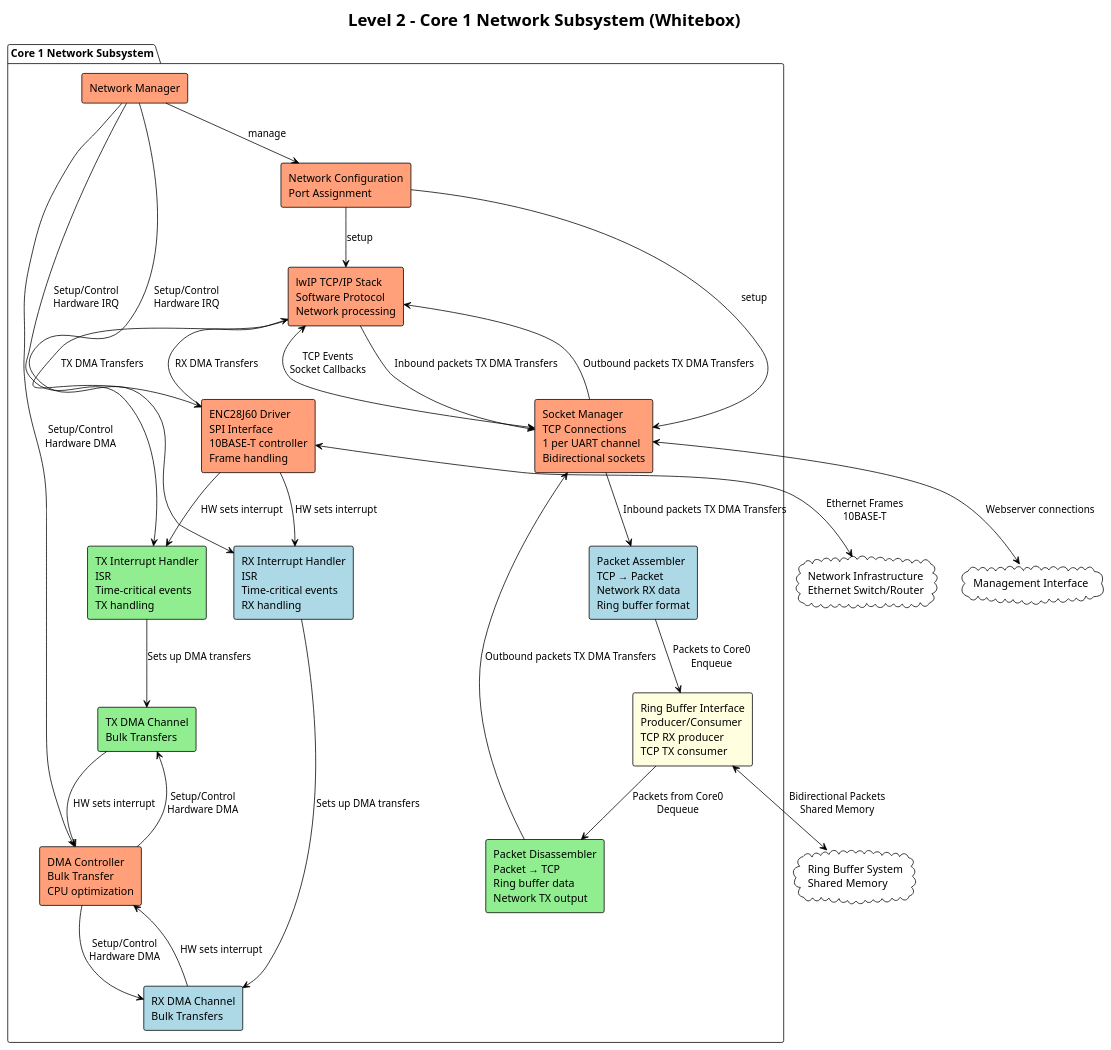
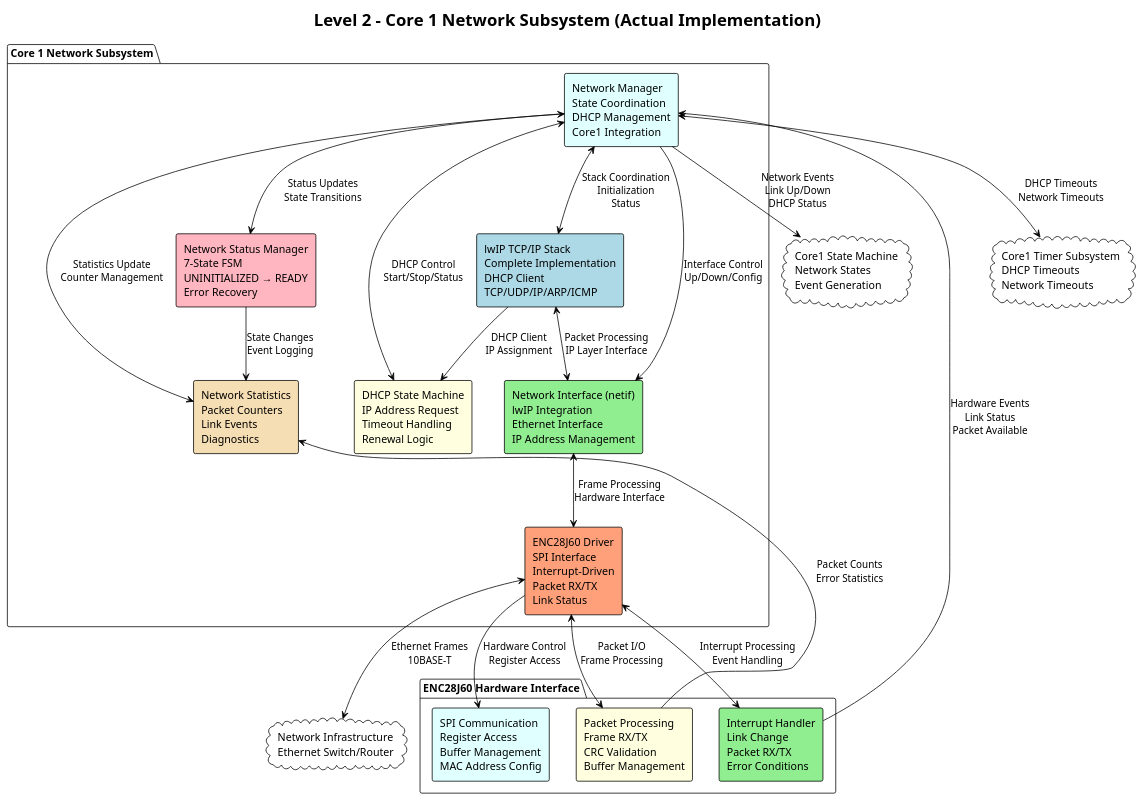
Before and after one commit to haxorsebb/UART2ETH: the third of 15 diagrams in src/docs/arc42/chapters/05_building_block_view.adoc, drawn with PlantUML. The commit also changed other lines of this file and 1 other file, not shown here.

Commit message:
Update arc42 docs: Network implementation with lwIP + DHCP
- Chapter 5: Complete rewrite of Core 1 Network Subsystem with actual implementation
- ADR-002: Updated with actual implementation results and Core1 integration
- Added comprehensive lwIP stack, DHCP client, 7-state FSM details
- Documented timer integration and interrupt-driven packet processing

```diff
--- a/src/docs/arc42/chapters/05_building_block_view.adoc
+++ b/src/docs/arc42/chapters/05_building_block_view.adoc
@@ -314,83 +314,65 @@
-[plantuml, level2-core1-network-simple, svg]
+[plantuml, level2-core1-network-actual, svg]
 ----
 @startuml
 !theme plain
 skinparam backgroundColor transparent
 skinparam componentStyle rectangle
 
-title Level 2 - Core 1 Network Subsystem (Whitebox)
+title Level 2 - Core 1 Network Subsystem (Actual Implementation)
 
 cloud "Network Infrastructure\nEthernet Switch/Router" as NI
-cloud "Ring Buffer System\nShared Memory" as RBS
-cloud "Management Interface" as management_interface
+cloud "Core1 Timer Subsystem\nDHCP Timeouts\nNetwork Timeouts" as TIMERS
+cloud "Core1 State Machine\nNetwork States\nEvent Generation" as STATE_MACHINE
 
 package "Core 1 Network Subsystem" {
+    component "Network Manager\nState Coordination\nDHCP Management\nCore1 Integration" as NETWORK_MGR #lightcyan
+    
+    component "lwIP TCP/IP Stack\nComplete Implementation\nDHCP Client\nTCP/UDP/IP/ARP/ICMP" as LWIP #lightblue
+    
+    component "ENC28J60 Driver\nSPI Interface\nInterrupt-Driven\nPacket RX/TX\nLink Status" as ENC28J60 #lightsalmon
+    
+    component "Network Interface (netif)\nlwIP Integration\nEthernet Interface\nIP Address Management" as NETIF #lightgreen
+    
+    component "DHCP State Machine\nIP Address Request\nTimeout Handling\nRenewal Logic" as DHCP #lightyellow
+    
+    component "Network Status Manager\n7-State FSM\nUNINITIALIZED → READY\nError Recovery" as STATUS #lightpink
+    
+    component "Network Statistics\nPacket Counters\nLink Events\nDiagnostics" as STATS #wheat
+}
 
-    component "Network Manager" as network_manager #lightsalmon
+package "ENC28J60 Hardware Interface" {
+    component "SPI Communication\nRegister Access\nBuffer Management\nMAC Address Config" as SPI #lightcyan
     
-    component "lwIP TCP/IP Stack\nSoftware Protocol\nNetwork processing" as LWIP #lightsalmon
+    component "Interrupt Handler\nLink Change\nPacket RX/TX\nError Conditions" as INT_HANDLER #lightgreen
     
-    component "ENC28J60 Driver\nSPI Interface\n10BASE-T controller\nFrame handling" as ENC #lightsalmon
-    
-    component "Socket Manager\nTCP Connections\n1 per UART channel\nBidirectional sockets" as socket_manager #lightsalmon
-    
-    component "Network Configuration\nPort Assignment" as network_configuration #lightsalmon
-    
-    component "Packet Assembler\nTCP → Packet\nNetwork RX data\nRing buffer format" as PA #lightblue
-    
-    component "Packet Disassembler\nPacket → TCP\nRing buffer data\nNetwork TX output" as PD #lightgreen
-    
-    component "Ring Buffer Interface\nProducer/Consumer\nTCP RX producer\nTCP TX consumer" as RBI #lightyellow
-
-    component "RX Interrupt Handler\nISR\nTime-critical events\nRX handling" as RXISR #LightBlue
-    component "TX Interrupt Handler\nISR\nTime-critical events\nTX handling" as TXISR #lightgreen
-    
-    component "DMA Controller\nBulk Transfer\nCPU optimization" as DMA #LightSalmon
-
-    component "TX DMA Channel\nBulk Transfers" as TXDMA #lightgreen
-    component "RX DMA Channel\nBulk Transfers" as RXDMA #LightBlue
-
-    component "DMA Controller\nBulk Transfer\nCPU optimization" as DMA #LightSalmon
+    component "Packet Processing\nFrame RX/TX\nCRC Validation\nBuffer Management" as PACKET_PROC #lightyellow
 }
 
 ' External connections
-ENC <--> NI : Ethernet Frames\n10BASE-T
-RBI <--> RBS : Bidirectional Packets\nShared Memory
-socket_manager <--> management_interface : Webserver connections
+ENC28J60 <--> NI : Ethernet Frames\n10BASE-T
+NETWORK_MGR <--> TIMERS : DHCP Timeouts\nNetwork Timeouts
+NETWORK_MGR --> STATE_MACHINE : Network Events\nLink Up/Down\nDHCP Status
 
-' Internal connections
+' Internal network subsystem connections
+NETWORK_MGR <--> LWIP : Stack Coordination\nInitialization\nStatus
+NETWORK_MGR --> NETIF : Interface Control\nUp/Down/Config
+NETWORK_MGR <--> DHCP : DHCP Control\nStart/Stop/Status
+NETWORK_MGR --> STATUS : Status Updates\nState Transitions
+NETWORK_MGR <--> STATS : Statistics Update\nCounter Management
 
-network_manager --> TXISR : Setup/Control\nHardware IRQ
-network_manager --> RXISR : Setup/Control\nHardware IRQ
-network_manager --> DMA : Setup/Control\nHardware DMA
-network_manager --> network_configuration : manage
-DMA --> TXDMA : Setup/Control\nHardware DMA
-DMA --> RXDMA : Setup/Control\nHardware DMA
+LWIP <--> NETIF : Packet Processing\nIP Layer Interface
+LWIP --> DHCP : DHCP Client\nIP Assignment
+NETIF <--> ENC28J60 : Frame Processing\nHardware Interface
 
-LWIP <--> socket_manager : TCP Events\nSocket Callbacks
+' ENC28J60 internal connections
+ENC28J60 --> SPI : Hardware Control\nRegister Access
+ENC28J60 <--> INT_HANDLER : Interrupt Processing\nEvent Handling
+ENC28J60 <--> PACKET_PROC : Packet I/O\nFrame Processing
 
-
-network_configuration --> LWIP : setup
-network_configuration --> socket_manager : setup
-
-ENC --> TXISR : HW sets interrupt
-ENC --> RXISR : HW sets interrupt
-TXISR --> TXDMA : Sets up DMA transfers
-RXISR --> RXDMA : Sets up DMA transfers
-TXDMA --> DMA : HW sets interrupt
-RXDMA --> DMA : HW sets interrupt
-
-' outgoing data to network
-RBI --> PD : Packets from Core0\nDequeue
-PD --> socket_manager : Outbound packets TX DMA Transfers 
-socket_manager --> LWIP : Outbound packets TX DMA Transfers
-LWIP --> ENC : TX DMA Transfers
-
-' incoming data from network
-ENC --> LWIP : RX DMA Transfers
-LWIP --> socket_manager : Inbound packets TX DMA Transfers 
-socket_manager --> PA : Inbound packets TX DMA Transfers 
-PA --> RBI : Packets to Core0\nEnqueue
+' Status and statistics flow
+STATUS --> STATS : State Changes\nEvent Logging
+PACKET_PROC --> STATS : Packet Counts\nError Statistics
+INT_HANDLER --> NETWORK_MGR : Hardware Events\nLink Status\nPacket Available
 
 @enduml
 ----
```
